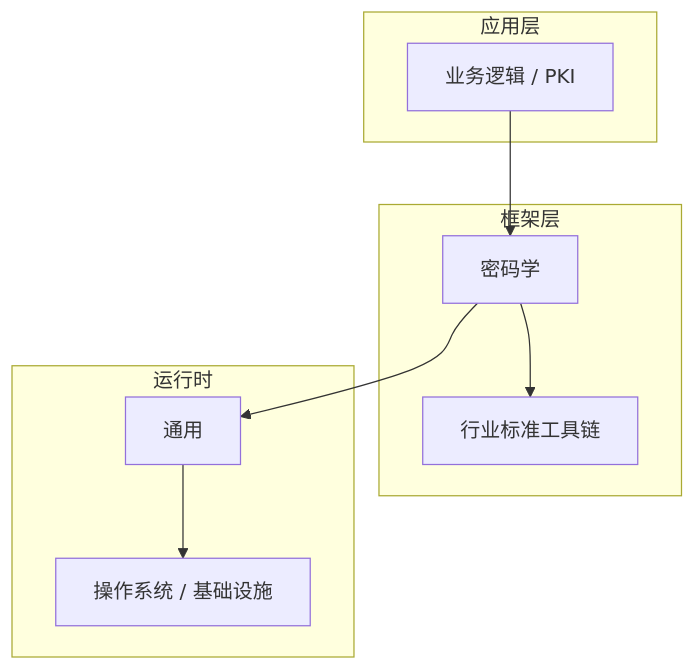
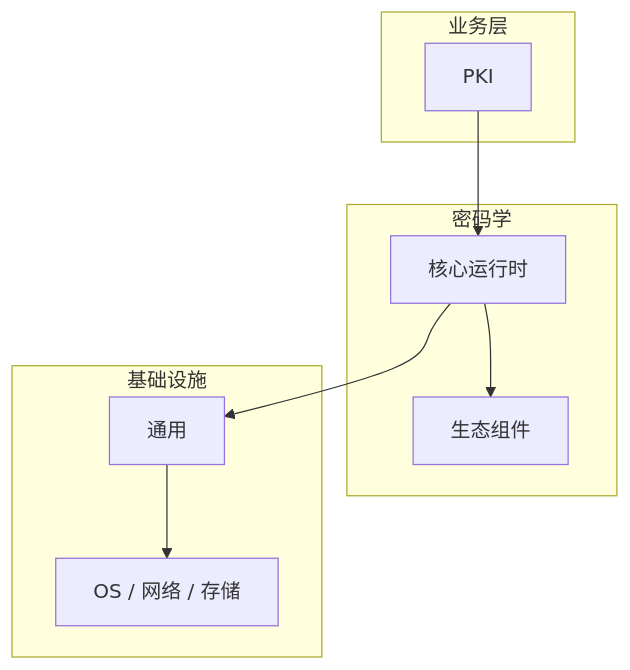
Before and after one commit to yanggan2015/knowledge-json-v2: the diagram in articles/密码学/chapters/066-PKI核心概念与原理.md, drawn with Mermaid. The commit also changed other lines of this file and 10127 other files, not shown here.

````diff
--- a/articles/密码学/chapters/066-PKI核心概念与原理.md
+++ b/articles/密码学/chapters/066-PKI核心概念与原理.md
@@ -46,18 +31,18 @@
 ```mermaid
 graph TB
-    subgraph 应用层
-        A[业务逻辑 / PKI]
+    subgraph 业务层
+        A[PKI]
     end
-    subgraph 框架层
-        B[密码学]
-        C[行业标准工具链]
+    subgraph 密码学
+        B[核心运行时]
+        C[生态组件]
     end
-    subgraph 运行时
+    subgraph 基础设施
         D[通用]
-        E[操作系统 / 基础设施]
+        E[OS / 网络 / 存储]
     end
     A --> B
     B --> C
     B --> D
     D --> E
 ```
````
